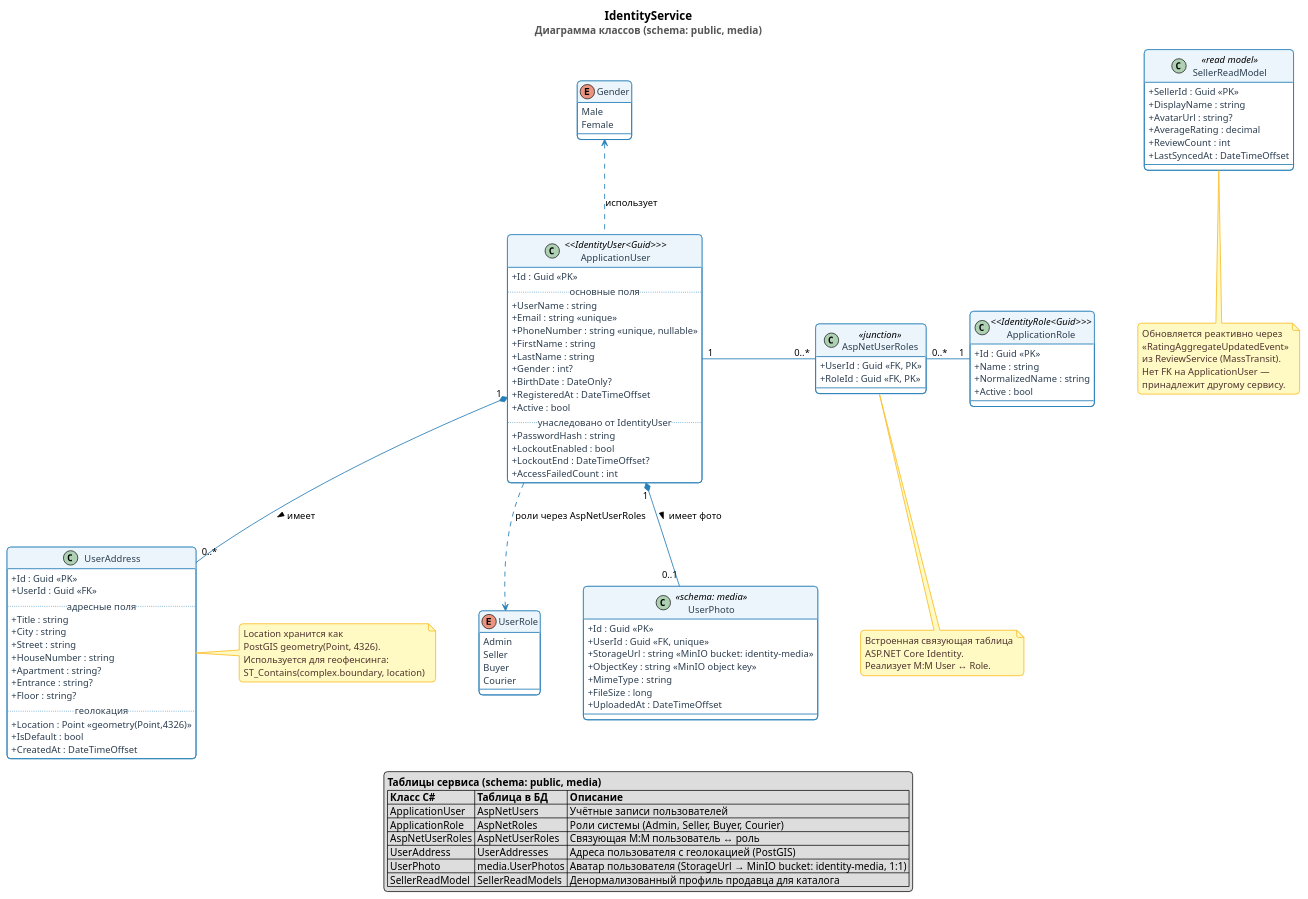
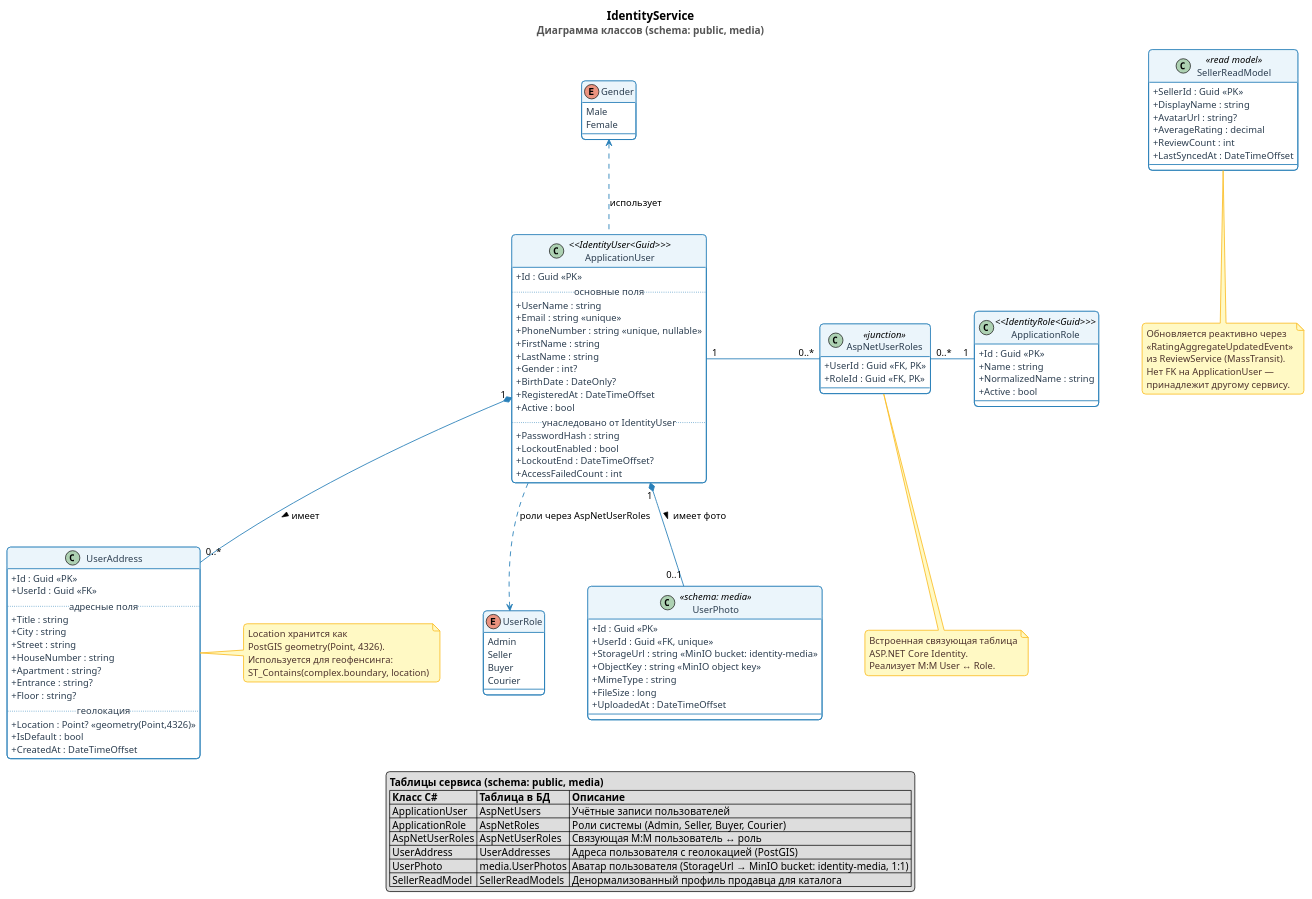
One commit to LocMp-olegg/LocalMarketplace changed the diagram in docs/diagrams/identity-service.puml. Above: the diagram before and after it, drawn with PlantUML. The commit also changed 3 other files, not shown here.

Commit message:
chore: upd diagrams

```diff
--- a/docs/diagrams/identity-service.puml
+++ b/docs/diagrams/identity-service.puml
@@ -1,178 +1,178 @@
 @startuml identity-service
 title <size:16><b>IdentityService</b></size>\n<color:#555>Диаграмма классов (schema: public, media)</color>
 
 ' ─── Глобальные настройки стиля ──────────────────────────────────────────────
 skinparam defaultFontName "Segoe UI", Arial, sans-serif
 skinparam defaultFontSize 13
 skinparam roundcorner 10
 skinparam shadowing false
 skinparam classAttributeIconSize 0
 skinparam nodesep 60
 skinparam ranksep 70
 
 ' ─── Стили для классов ───────────────────────────────────────────────────────
 skinparam class {
     BackgroundColor White
     HeaderBackgroundColor #EBF5FB
     BorderColor #2980B9
     BorderThickness 1.2
     ArrowColor #2980B9
     ArrowThickness 1.2
     AttributeFontColor #2C3E50
 }
 
 ' ─── Стили для перечислений (Enums) ──────────────────────────────────────────
 skinparam enum {
     BackgroundColor White
     HeaderBackgroundColor #EAFAF1
     BorderColor #27AE60
     BorderThickness 1.2
 }
 
 ' ─── Стили для заметок ───────────────────────────────────────────────────────
 skinparam note {
     BackgroundColor #FFF9C4
     BorderColor #FBC02D
     FontColor #4E342E
     BorderThickness 1.2
     roundcorner 6
 }
 
 ' Кастомные цвета для дефолтных иконок стереотипов (C, A, E, I)
 skinparam stereotypeCBackgroundColor #D6EAF8
 skinparam stereotypeABackgroundColor #FDEBD0
 skinparam stereotypeEBackgroundColor #D5F5E3
 
 ' ─── Enums ───────────────────────────────────────────────────────────────────
 
 enum Gender {
     Male
     Female
 }
 
 enum UserRole {
     Admin
     Seller
     Buyer
     Courier
 }
 
 ' ─── Core Entities ───────────────────────────────────────────────────────────
 
 class ApplicationUser <<IdentityUser<Guid>>> {
     + Id : Guid <<PK>>
     ..основные поля..
     + UserName : string
     + Email : string <<unique>>
     + PhoneNumber : string <<unique, nullable>>
     + FirstName : string
     + LastName : string
     + Gender : int?
     + BirthDate : DateOnly?
     + RegisteredAt : DateTimeOffset
     + Active : bool
     ..унаследовано от IdentityUser..
     + PasswordHash : string
     + LockoutEnabled : bool
     + LockoutEnd : DateTimeOffset?
     + AccessFailedCount : int
 }
 
 class ApplicationRole <<IdentityRole<Guid>>> {
     + Id : Guid <<PK>>
     + Name : string
     + NormalizedName : string
     + Active : bool
 }
 
 class AspNetUserRoles <<junction>> {
     + UserId : Guid <<FK, PK>>
     + RoleId : Guid <<FK, PK>>
 }
 
 class UserAddress {
     + Id : Guid <<PK>>
     + UserId : Guid <<FK>>
     ..адресные поля..
     + Title : string
     + City : string
     + Street : string
     + HouseNumber : string
     + Apartment : string?
     + Entrance : string?
     + Floor : string?
     ..геолокация..
-    + Location : Point <<geometry(Point,4326)>>
+    + Location : Point? <<geometry(Point,4326)>>
     + IsDefault : bool
     + CreatedAt : DateTimeOffset
 }
 
 class UserPhoto <<schema: media>> {
     + Id : Guid <<PK>>
     + UserId : Guid <<FK, unique>>
     + StorageUrl : string <<MinIO bucket: identity-media>>
     + ObjectKey : string <<MinIO object key>>
     + MimeType : string
     + FileSize : long
     + UploadedAt : DateTimeOffset
 }
 
 ' ─── Read Models ──────────────────────────────────────────────────────────────
 
 class SellerReadModel <<read model>> {
     + SellerId : Guid <<PK>>
     + DisplayName : string
     + AvatarUrl : string?
     + AverageRating : decimal
     + ReviewCount : int
     + LastSyncedAt : DateTimeOffset
 }
 
 ' ─── Relationships ────────────────────────────────────────────────────────────
 
 ApplicationUser "1" *-down- "0..*" UserAddress : имеет >
 ApplicationUser "1" *-down- "0..1" UserPhoto : имеет фото >
 ApplicationUser "1" -right- "0..*" AspNetUserRoles
 ApplicationRole "1" -left- "0..*" AspNetUserRoles
 
 ApplicationUser .up.> Gender : использует
 ApplicationUser ..> UserRole : роли через AspNetUserRoles
 
 ' ─── Notes ───────────────────────────────────────────────────────────────────
 
 note bottom of SellerReadModel
   Обновляется реактивно через
   <<RatingAggregateUpdatedEvent>>
   из ReviewService (MassTransit).
   Нет FK на ApplicationUser —
   принадлежит другому сервису.
 end note
 
 note right of UserAddress
   Location хранится как
   PostGIS geometry(Point, 4326).
   Используется для геофенсинга:
   ST_Contains(complex.boundary, location)
 end note
 
 note bottom of AspNetUserRoles
   Встроенная связующая таблица
   ASP.NET Core Identity.
   Реализует M:M User ↔ Role.
 end note
 
 
 ' ─── Сводная таблица сущностей ───────────────────────────────────────────────
 
 legend bottom
   <b>Таблицы сервиса (schema: public, media)</b>
   |= Класс C# |= Таблица в БД |= Описание |
   | ApplicationUser | AspNetUsers | Учётные записи пользователей |
   | ApplicationRole | AspNetRoles | Роли системы (Admin, Seller, Buyer, Courier) |
   | AspNetUserRoles | AspNetUserRoles | Связующая M:M пользователь ↔ роль |
   | UserAddress | UserAddresses | Адреса пользователя с геолокацией (PostGIS) |
   | UserPhoto | media.UserPhotos | Аватар пользователя (StorageUrl → MinIO bucket: identity-media, 1:1) |
   | SellerReadModel | SellerReadModels | Денормализованный профиль продавца для каталога |
 endlegend
 
 @enduml
```
